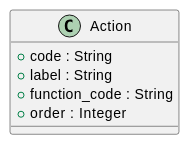
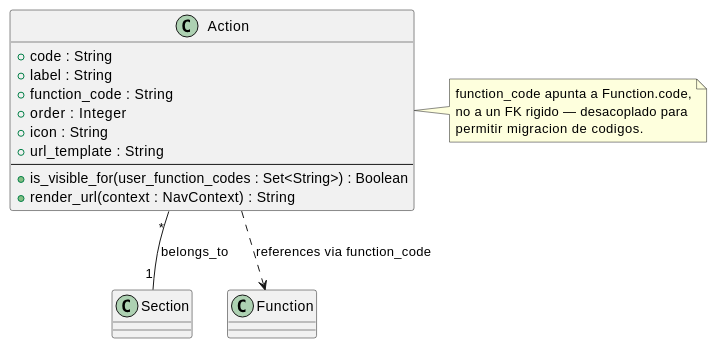
One commit to jcg-admin/IACT-docs changed the diagram in source/arquitectura-tecnica/domain-model/action.rst. Above: the diagram before and after it, drawn with PlantUML. The commit also changed other lines of this file and 10 other files, not shown here.

```diff
--- a/source/arquitectura-tecnica/domain-model/action.rst
+++ b/source/arquitectura-tecnica/domain-model/action.rst
@@ -25,13 +30,31 @@
 .. uml::
- :caption: Clase Action — stub pendiente de desarrollo.
+ :caption: Clase Action — item de navegación con
+           referencia a Function vía function_code.
 
  @startuml
 
  class Action {
-  + code : String
-  + label : String
-  + function_code : String
-  + order : Integer
+   + code : String
+   + label : String
+   + function_code : String
+   + order : Integer
+   + icon : String
+   + url_template : String
+   --
+   + is_visible_for(user_function_codes : Set<String>) : Boolean
+   + render_url(context : NavContext) : String
  }
 
+ class Section
+ class Function
+
+ Action "*" -- "1" Section : belongs_to
+ Action ..> Function : references via function_code
+
+ note right of Action
+   function_code apunta a Function.code,
+   no a un FK rigido — desacoplado para
+   permitir migracion de codigos.
+ end note
+
  @enduml
```
